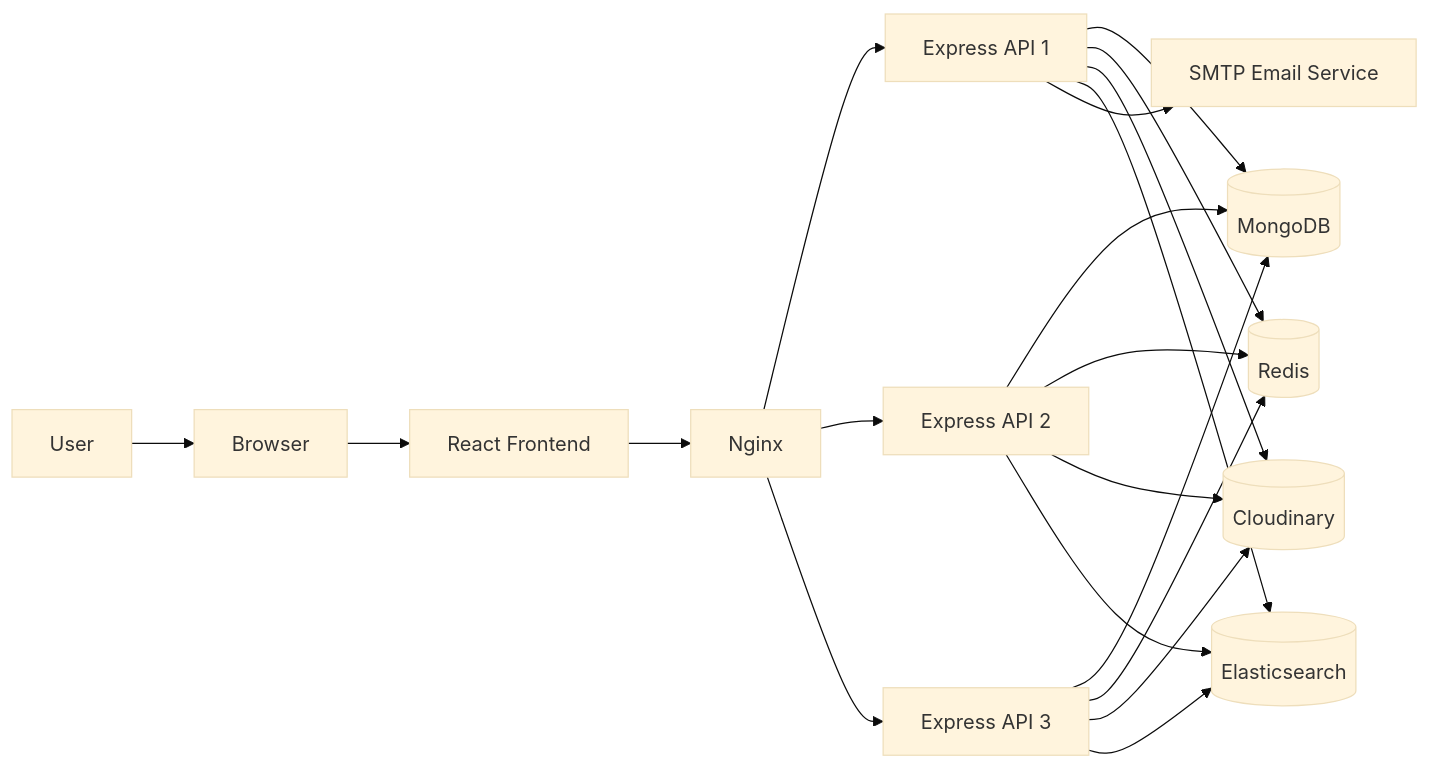
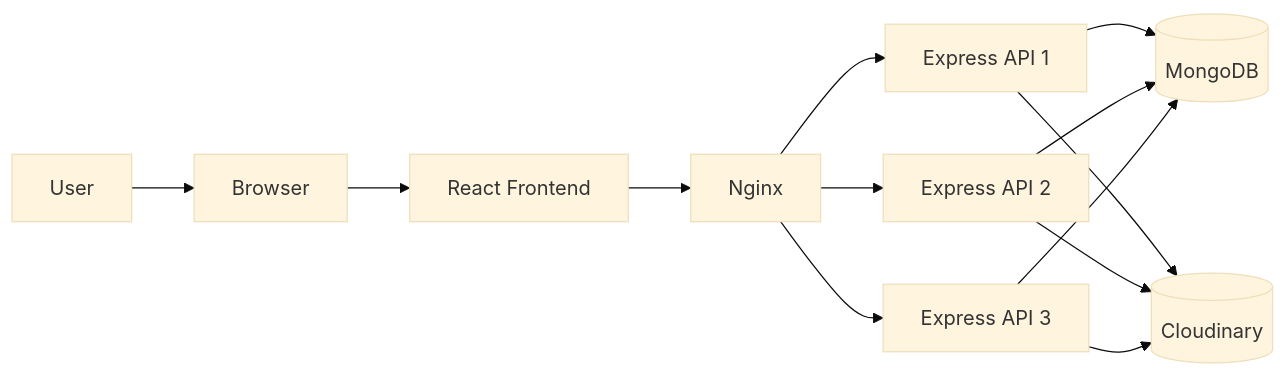
The diagram in Readme.md (deepakydv641/VidStream), drawn with Mermaid (base theme) before and after one commit. The commit also changed other lines of this file, not shown here.

Commit message:
Remove SMTP, Redis, and Elasticsearch from system design diagram

````diff
--- a/Readme.md
+++ b/Readme.md
@@ -7,27 +7,17 @@
 ```mermaid
 flowchart LR
     U[User] --> B[Browser]
     B --> F[React Frontend]
     F --> N[Nginx]
     N --> A1[Express API 1]
     N --> A2[Express API 2]
     N --> A3[Express API 3]
 
     A1 --> M[(MongoDB)]
     A2 --> M
     A3 --> M
 
-    A1 --> R[(Redis)]
-    A2 --> R
-    A3 --> R
-
     A1 --> C[(Cloudinary)]
     A2 --> C
     A3 --> C
-
-    A1 --> E[(Elasticsearch)]
-    A2 --> E
-    A3 --> E
-
-    A1 --> S[SMTP Email Service]
 ```
````
